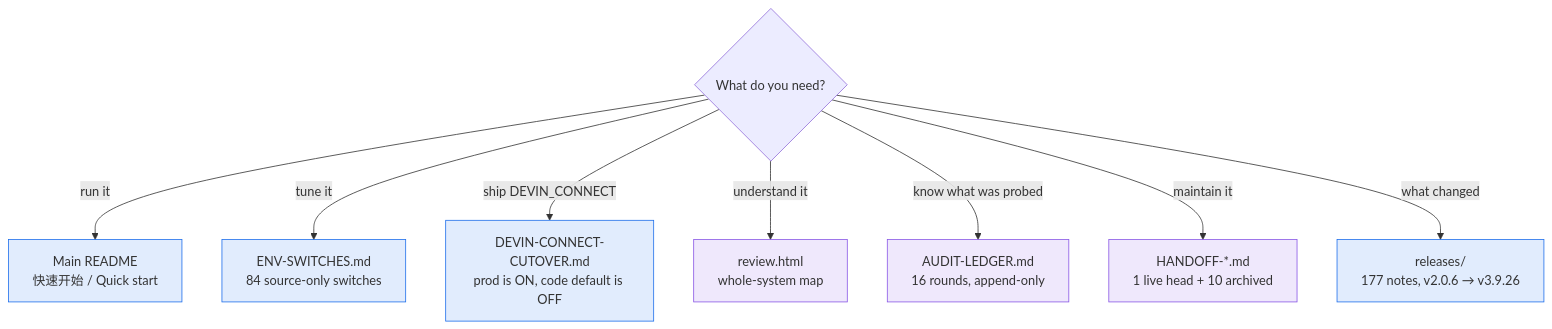
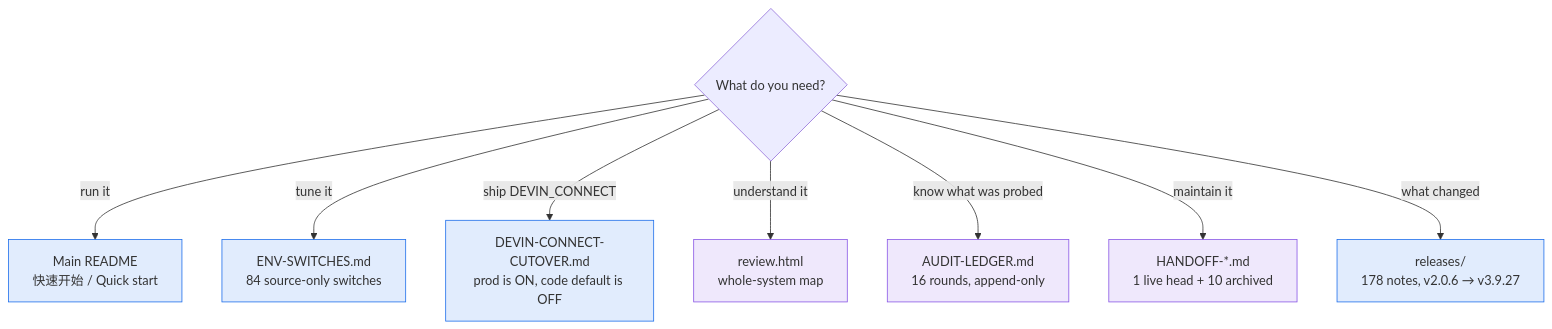
Before and after one commit to CORCTON/WindsurfAPI: the diagram in docs/README.md, drawn with Mermaid. The commit also changed other lines of this file and 5 other files, not shown here.

````diff
--- a/docs/README.md
+++ b/docs/README.md
@@ -15,16 +15,16 @@
 ```mermaid
 flowchart TD
     Q{"What do you need?"}
     Q -->|"run it"| RUN["Main README<br/>快速开始 / Quick start"]
     Q -->|"tune it"| OPS["ENV-SWITCHES.md<br/>84 source-only switches"]
     Q -->|"ship DEVIN_CONNECT"| CUT["DEVIN-CONNECT-CUTOVER.md<br/>prod is ON, code default is OFF"]
     Q -->|"understand it"| ARCH["review.html<br/>whole-system map"]
     Q -->|"know what was probed"| LED["AUDIT-LEDGER.md<br/>16 rounds, append-only"]
     Q -->|"maintain it"| HO["HANDOFF-*.md<br/>1 live head + 10 archived"]
-    Q -->|"what changed"| REL["releases/<br/>177 notes, v2.0.6 → v3.9.26"]
+    Q -->|"what changed"| REL["releases/<br/>178 notes, v2.0.6 → v3.9.27"]
 
     classDef user fill:#1f6feb22,stroke:#1f6feb
     classDef maint fill:#8957e522,stroke:#8957e5
     class RUN,OPS,CUT,REL user
     class ARCH,LED,HO maint
 ```
````
